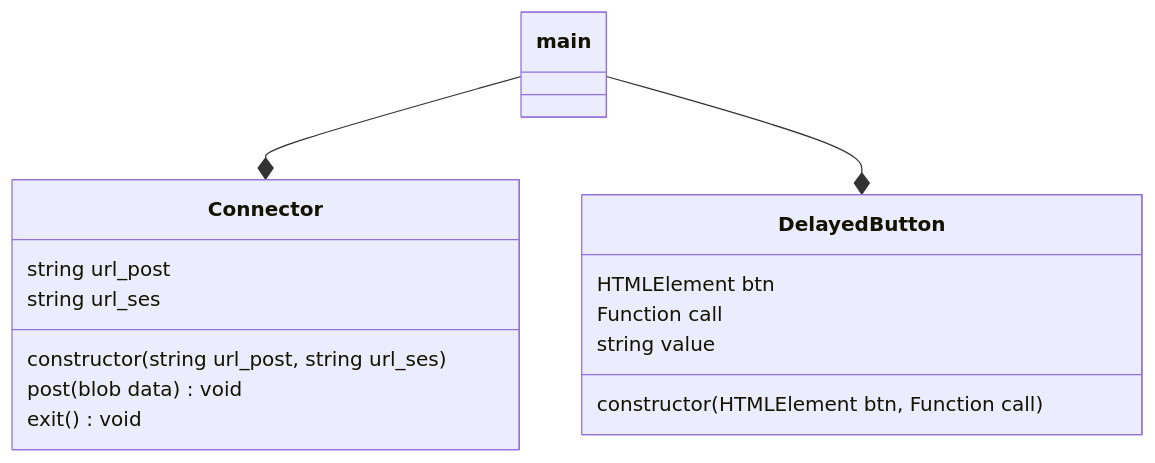
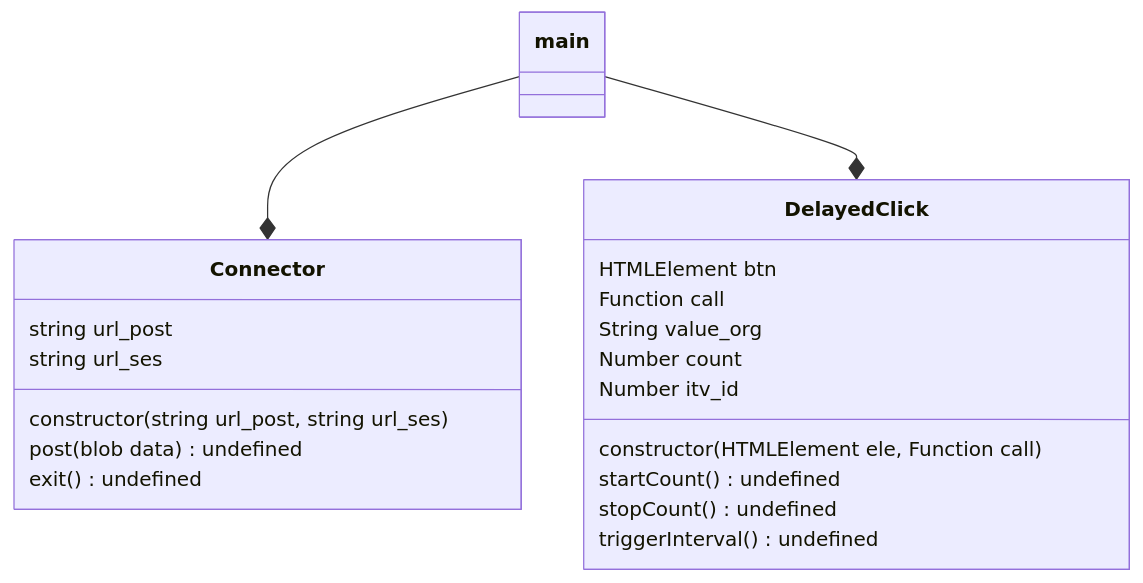
Before and after one commit to aKuad/async-gartic: the first of 2 diagrams in design/Class.md, drawn with Mermaid. The commit also changed other lines of this file and 1 other file, not shown here.

Commit message:
DelayedClick.js installed (Class draw updated too)

````diff
--- a/design/Class.md
+++ b/design/Class.md
@@ -5,25 +5,30 @@
 ```mermaid
 classDiagram
   class main {
   }
 
   class Connector {
     string url_post
     string url_ses
 
     constructor(string url_post, string url_ses)
-    post(blob data) void
-    exit() void
+    post(blob data) undefined
+    exit() undefined
   }
 
-  class DelayedButton {
+  class DelayedClick {
     HTMLElement btn
     Function call
-    string value
+    String value_org
+    Number count
+    Number itv_id
 
-    constructor(HTMLElement btn, Function call)
+    constructor(HTMLElement ele, Function call)
+    startCount() undefined
+    stopCount() undefined
+    triggerInterval() undefined
   }
 
   main --* Connector
-  main --* DelayedButton
+  main --* DelayedClick
 ```
````
